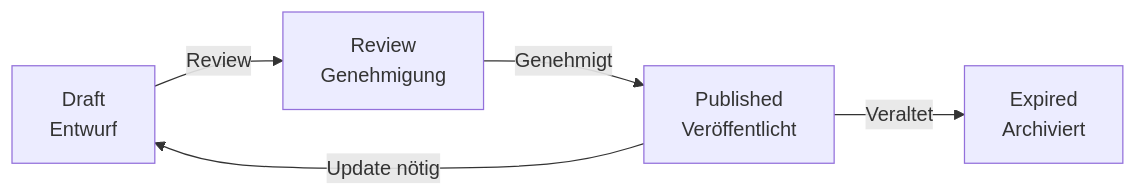
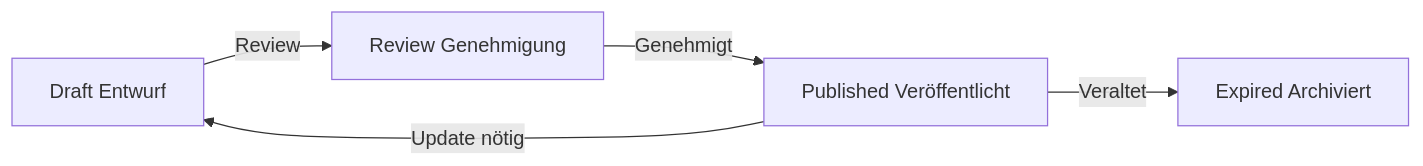
One commit to SoniiiT/notes-n-docs changed the fourth of 4 diagrams in Microsoft 365/Dynamics 365/Dynamics 365 Customer Service.md. Above: the diagram before and after it, drawn with Mermaid. The commit also changed other lines of this file and 124 other files, not shown here.

First line of the commit message:
fix: Entferne \n aus allen Mermaid-Diagrammen (125 Dateien)

````diff
--- a/Microsoft 365/Dynamics 365/Dynamics 365 Customer Service.md
+++ b/Microsoft 365/Dynamics 365/Dynamics 365 Customer Service.md
@@ -185,7 +185,7 @@
 ```mermaid
 graph LR
-    DR[Draft\nEntwurf] -->|Review| RE[Review\nGenehmigung]
-    RE -->|Genehmigt| PU[Published\nVeröffentlicht]
+    DR[Draft Entwurf] -->|Review| RE[Review Genehmigung]
+    RE -->|Genehmigt| PU[Published Veröffentlicht]
     PU -->|Update nötig| DR
-    PU -->|Veraltet| EX[Expired\nArchiviert]
+    PU -->|Veraltet| EX[Expired Archiviert]
 ```
````
